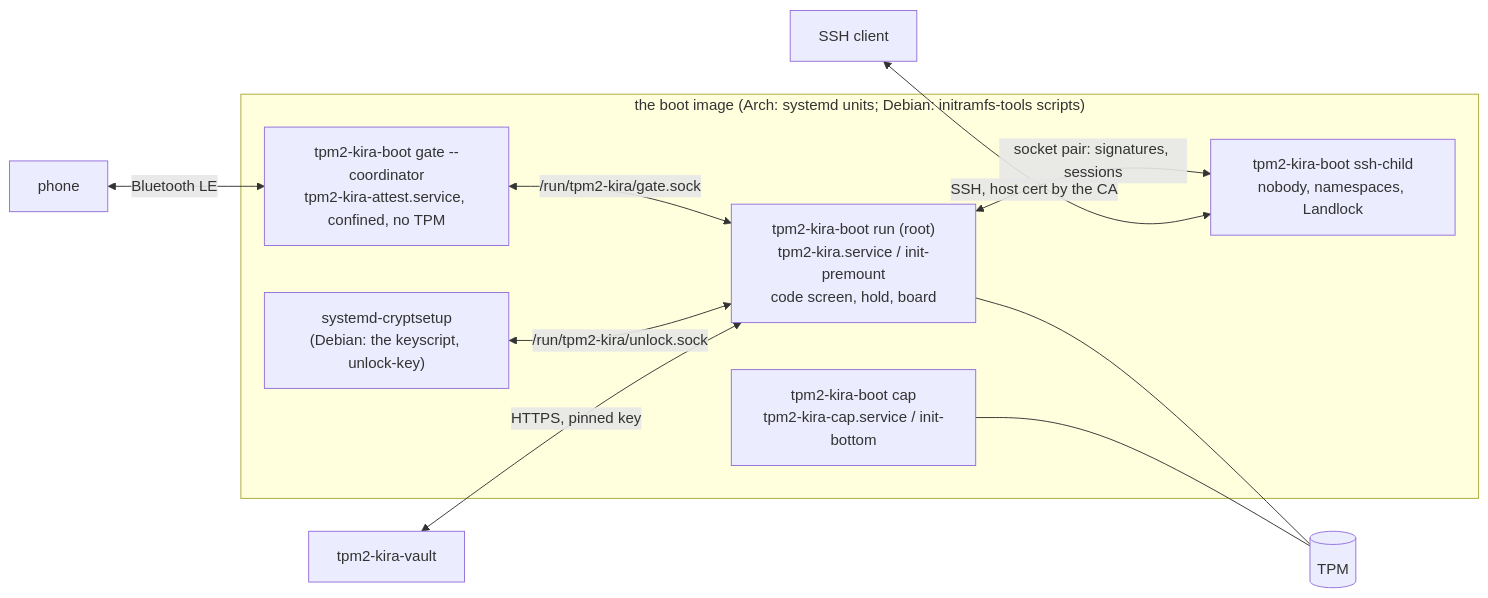
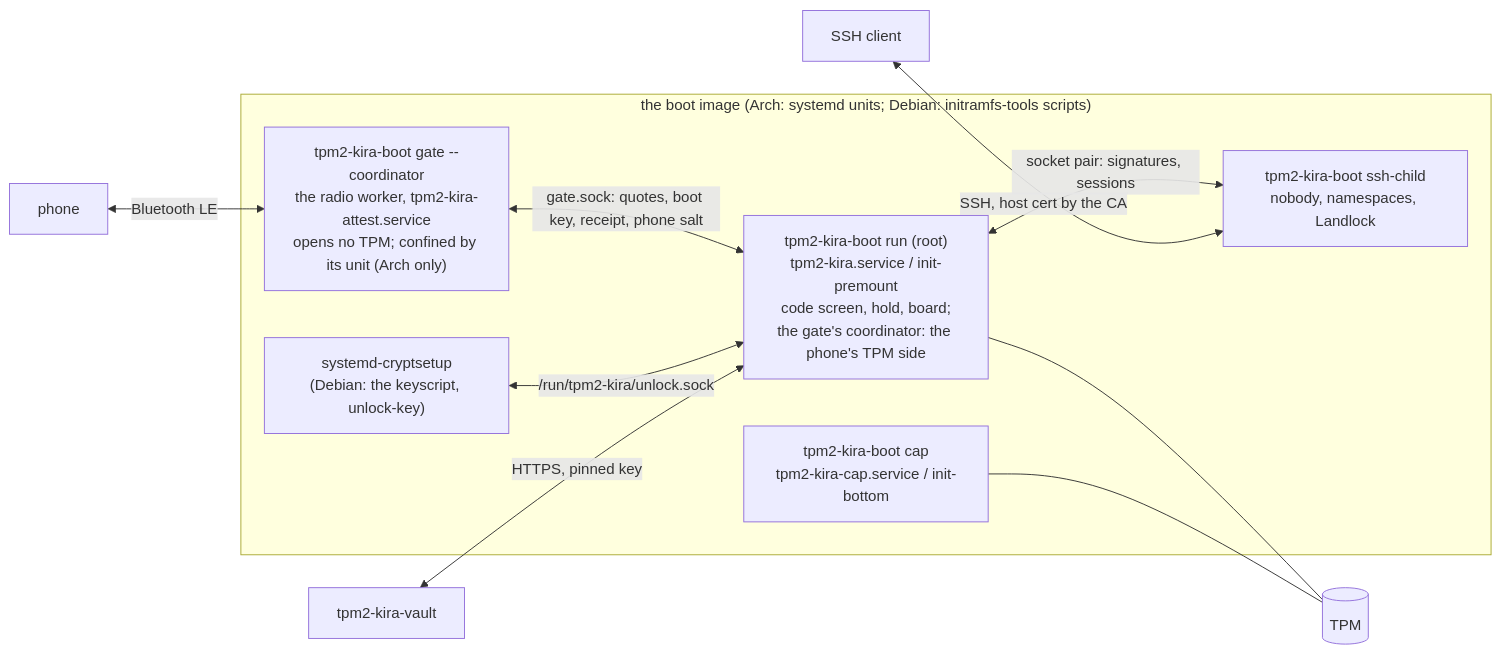
The fourth of 4 diagrams in docs/ARCHITECTURE.md (mrwiora/tpm2-kira), drawn with Mermaid before and after one commit. The commit also changed other lines of this file and 1 other file, not shown here.

Commit message:
ARCHITECTURE: the phone's TPM side is run's, the gate opens no TPM

````diff
--- a/docs/ARCHITECTURE.md
+++ b/docs/ARCHITECTURE.md
@@ -121,19 +121,19 @@
 ```mermaid
 flowchart LR
   subgraph INITRD["the boot image (Arch: systemd units; Debian: initramfs-tools scripts)"]
-    RUN["tpm2-kira-boot run (root)<br/>tpm2-kira.service / init-premount<br/>code screen, hold, board"]
+    RUN["tpm2-kira-boot run (root)<br/>tpm2-kira.service / init-premount<br/>code screen, hold, board;<br/>the gate's coordinator: the phone's TPM side"]
     CHILD["tpm2-kira-boot ssh-child<br/>nobody, namespaces, Landlock"]
-    GATE["tpm2-kira-boot gate --coordinator<br/>tpm2-kira-attest.service, confined, no TPM"]
+    GATE["tpm2-kira-boot gate --coordinator<br/>the radio worker, tpm2-kira-attest.service<br/>opens no TPM; confined by its unit (Arch only)"]
     CRYPT["systemd-cryptsetup<br/>(Debian: the keyscript, unlock-key)"]
     CAP["tpm2-kira-boot cap<br/>tpm2-kira-cap.service / init-bottom"]
   end
   TPM[("TPM")]
   RUN <-->|socket pair: signatures, sessions| CHILD
-  GATE <-->|/run/tpm2-kira/gate.sock| RUN
+  GATE <-->|gate.sock: quotes, boot key, receipt, phone salt| RUN
   CRYPT <-->|/run/tpm2-kira/unlock.sock| RUN
   RUN --- TPM
   CAP --- TPM
   SSHC["SSH client"] <-->|SSH, host cert by the CA| CHILD
   PHONEB["phone"] <-->|Bluetooth LE| GATE
   VAULTS["tpm2-kira-vault"] <-->|HTTPS, pinned key| RUN
 ```
````
